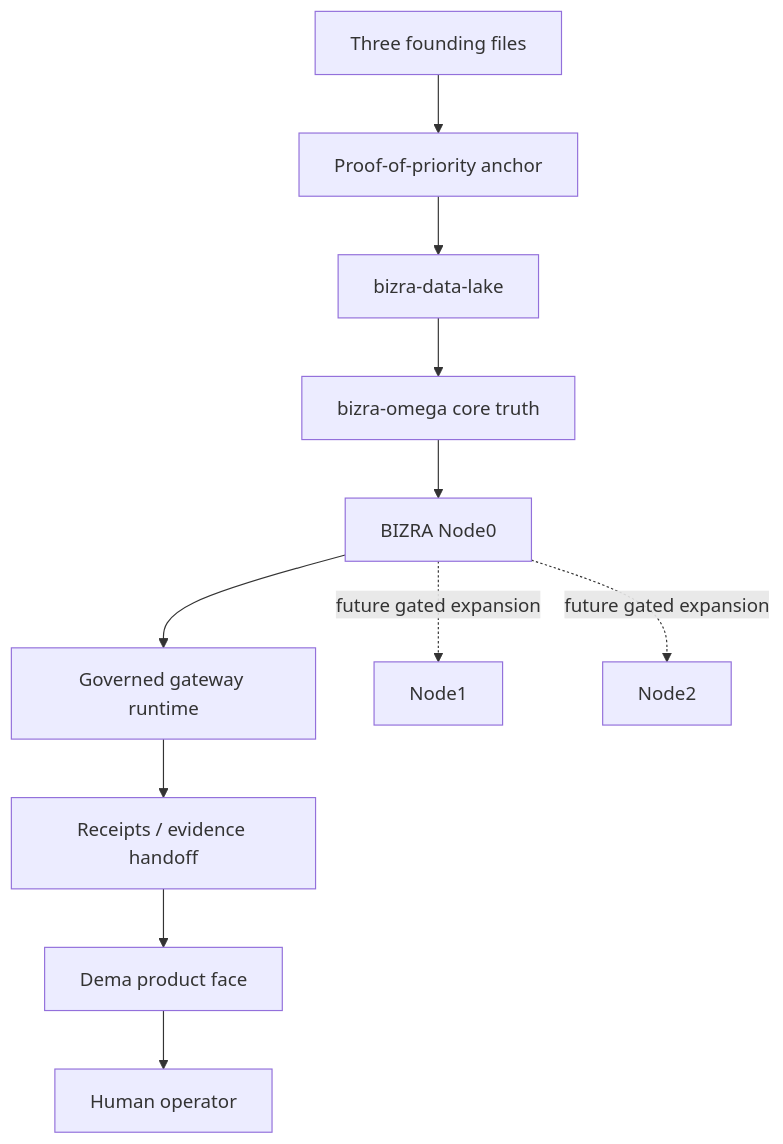
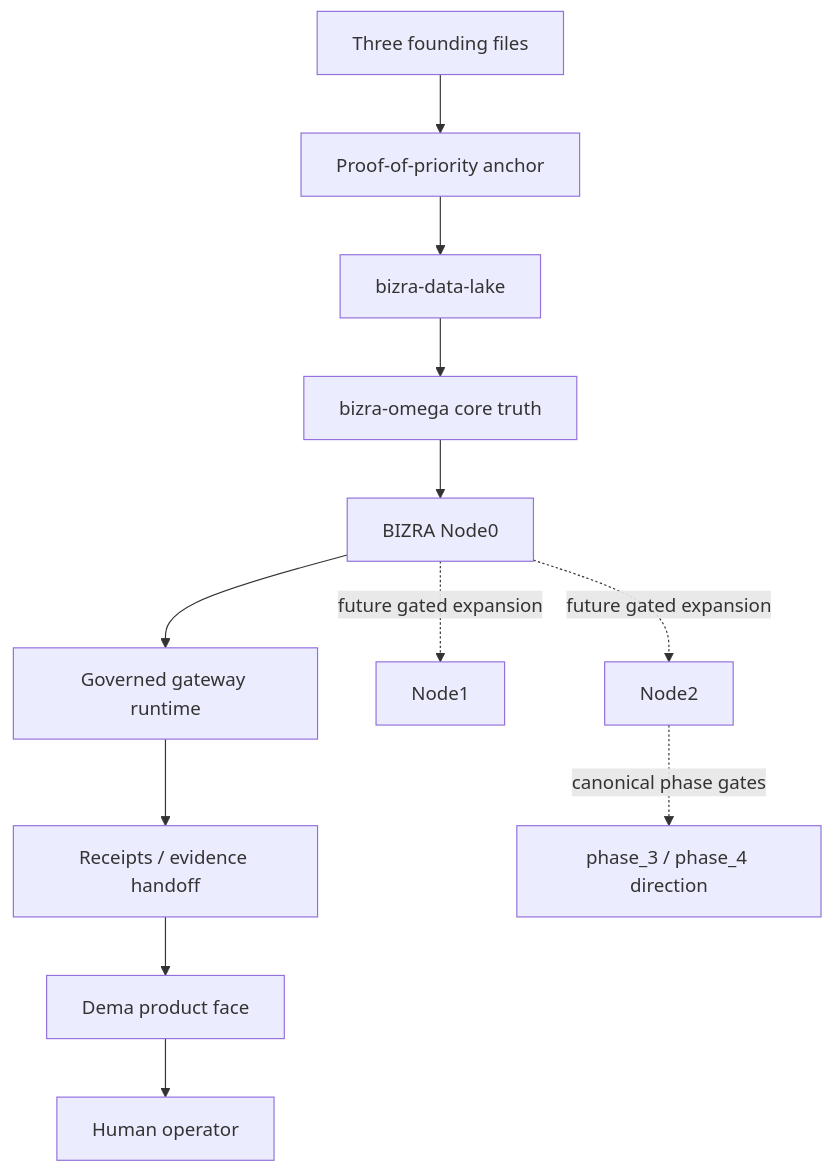
One commit to BizraInfo/Dema changed the diagram in docs/ECOSYSTEM.md. Above: the diagram before and after it, drawn with Mermaid. The commit also changed other lines of this file and 10 other files, not shown here.

````diff
--- a/docs/ECOSYSTEM.md
+++ b/docs/ECOSYSTEM.md
@@ -7,13 +7,14 @@
 ```mermaid
 flowchart TD
   DNA["Three founding files"] --> Anchor["Proof-of-priority anchor"]
   Anchor --> DataLake["bizra-data-lake"]
   DataLake --> Omega["bizra-omega core truth"]
   Omega --> Node0["BIZRA Node0"]
   Node0 --> Gateway["Governed gateway runtime"]
   Gateway --> Receipts["Receipts / evidence handoff"]
   Receipts --> Dema["Dema product face"]
   Dema --> Human["Human operator"]
   Node0 -. "future gated expansion" .-> Node1["Node1"]
   Node0 -. "future gated expansion" .-> Node2["Node2"]
+  Node2 -. "canonical phase gates" .-> Pilot["phase_3 / phase_4 direction"]
 ```
````
